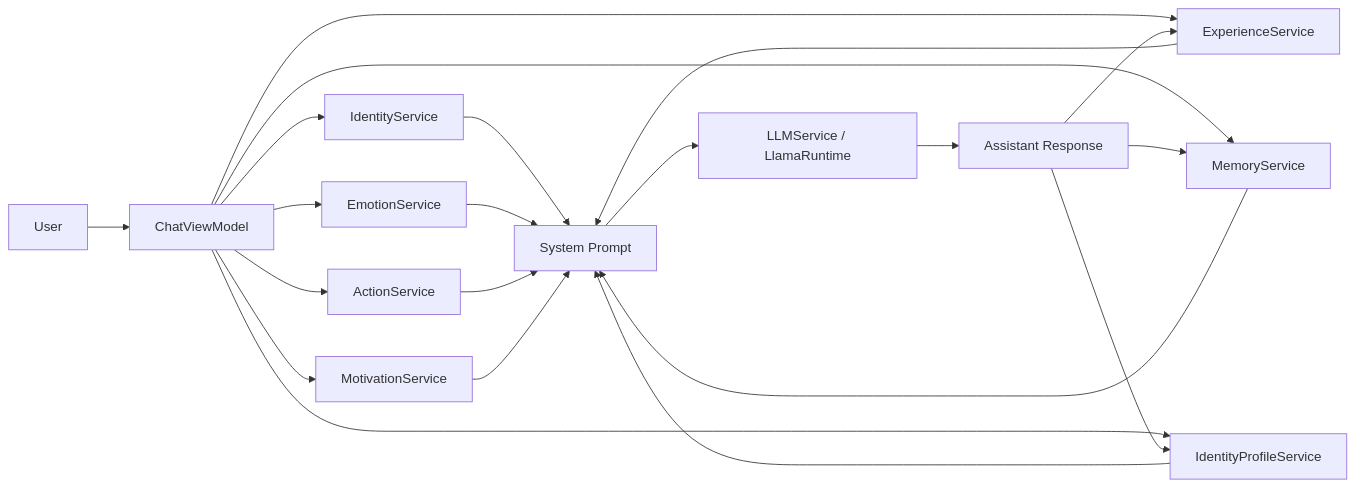
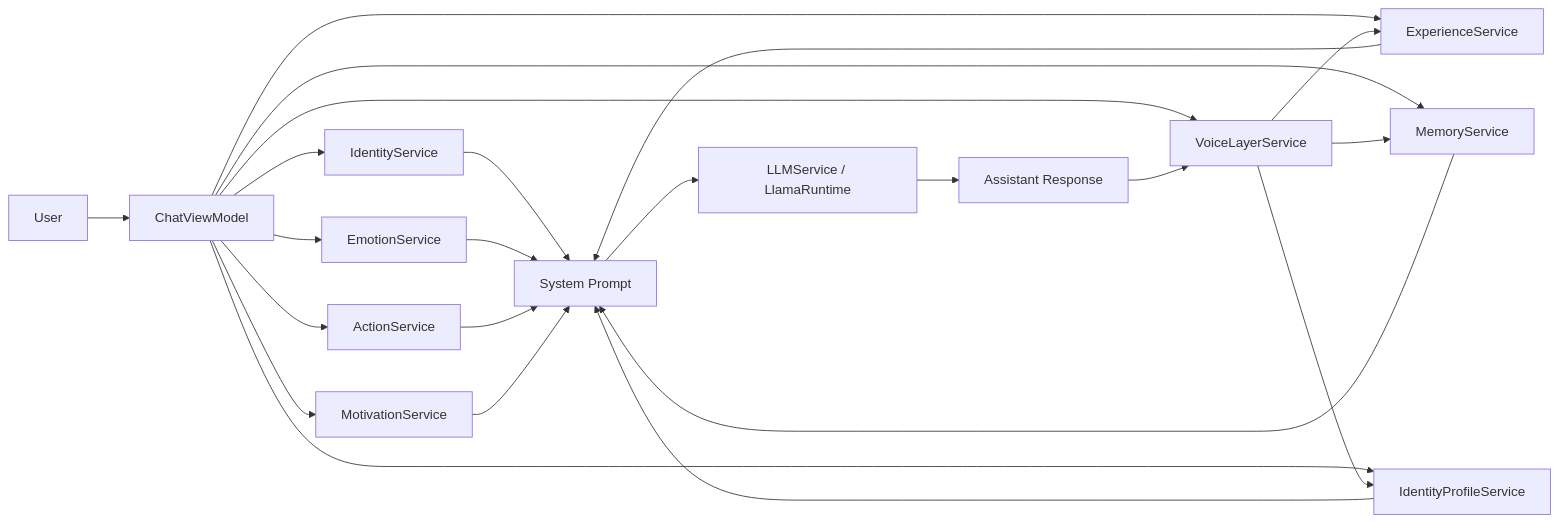
One commit to 0penAGI/VALIS changed the diagram in structure.md. Above: the diagram before and after it, drawn with Mermaid. The commit also changed other lines of this file and 45 other files, not shown here.

````diff
--- a/structure.md
+++ b/structure.md
@@ -316,23 +332,25 @@
 ```mermaid
 flowchart LR
   U["User"] --> CVM["ChatViewModel"]
   CVM --> ID["IdentityService"]
   CVM --> IDP["IdentityProfileService"]
   CVM --> AFF["EmotionService"]
   CVM --> ACT["ActionService"]
   CVM --> EXP["ExperienceService"]
   CVM --> MOT["MotivationService"]
   CVM --> MEM["MemoryService"]
+  CVM --> VLS["VoiceLayerService"]
   ID --> SYS["System Prompt"]
   IDP --> SYS
   AFF --> SYS
   ACT --> SYS
   EXP --> SYS
   MOT --> SYS
   MEM --> SYS
   SYS --> LLM["LLMService / LlamaRuntime"]
   LLM --> OUT["Assistant Response"]
-  OUT --> EXP
-  OUT --> MEM
-  OUT --> IDP
+  OUT --> VLS
+  VLS --> EXP
+  VLS --> MEM
+  VLS --> IDP
 ```
````
